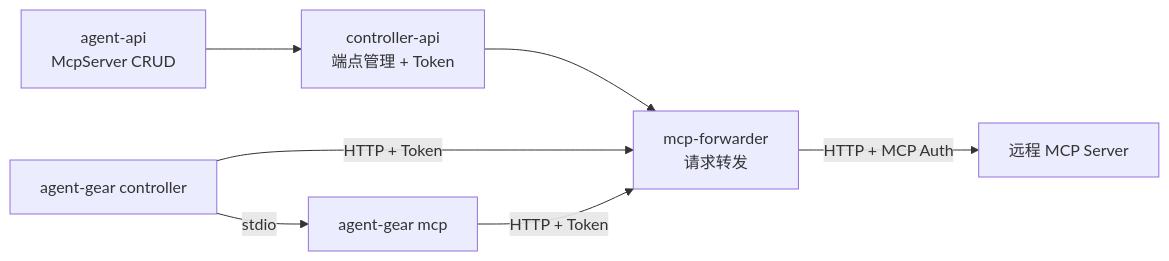
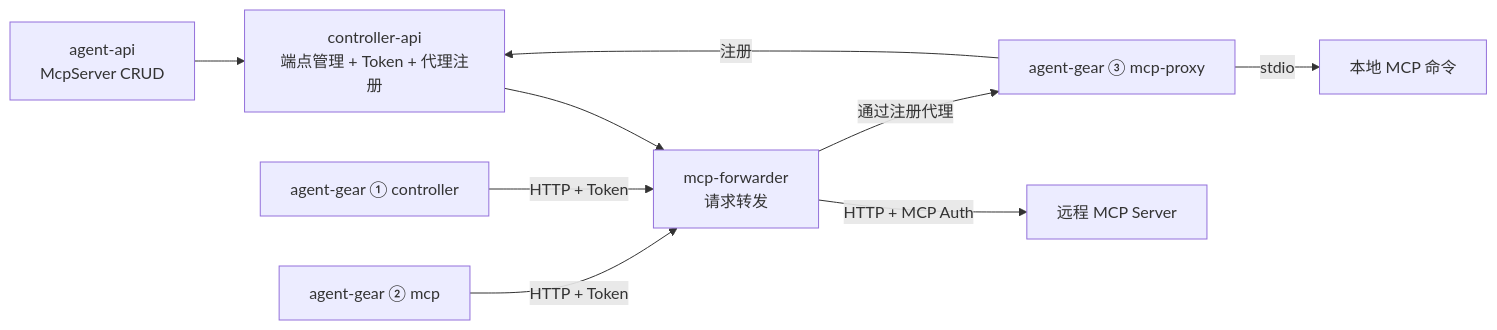
The second of 6 diagrams in docs/engineering/proposals/20260530-feat-mcp-proxy-config.md (Deliay/z-agent-gear), drawn with Mermaid before and after one commit. The commit also changed other lines of this file, not shown here.

````diff
--- a/docs/engineering/proposals/20260530-feat-mcp-proxy-config.md
+++ b/docs/engineering/proposals/20260530-feat-mcp-proxy-config.md
@@ -137,9 +146,11 @@
 ```mermaid
 graph LR
-    A[agent-api<br/>McpServer CRUD] --> B[controller-api<br/>端点管理 + Token]
+    A[agent-api<br/>McpServer CRUD] --> B[controller-api<br/>端点管理 + Token + 代理注册]
     B --> C[mcp-forwarder<br/>请求转发]
-    D[agent-gear controller] -->|HTTP + Token| C
-    E[agent-gear mcp] -->|HTTP + Token| C
-    D -->|stdio| E
-    C -->|HTTP + MCP Auth| F[远程 MCP Server]
+    D["agent-gear ① controller"] -->|HTTP + Token| C
+    E["agent-gear ② mcp"] -->|HTTP + Token| C
+    F["agent-gear ③ mcp-proxy"] -->|注册| B
+    F -->|stdio| G[本地 MCP 命令]
+    C -->|HTTP + MCP Auth| H[远程 MCP Server]
+    C -->|通过注册代理| F
 ```
````
